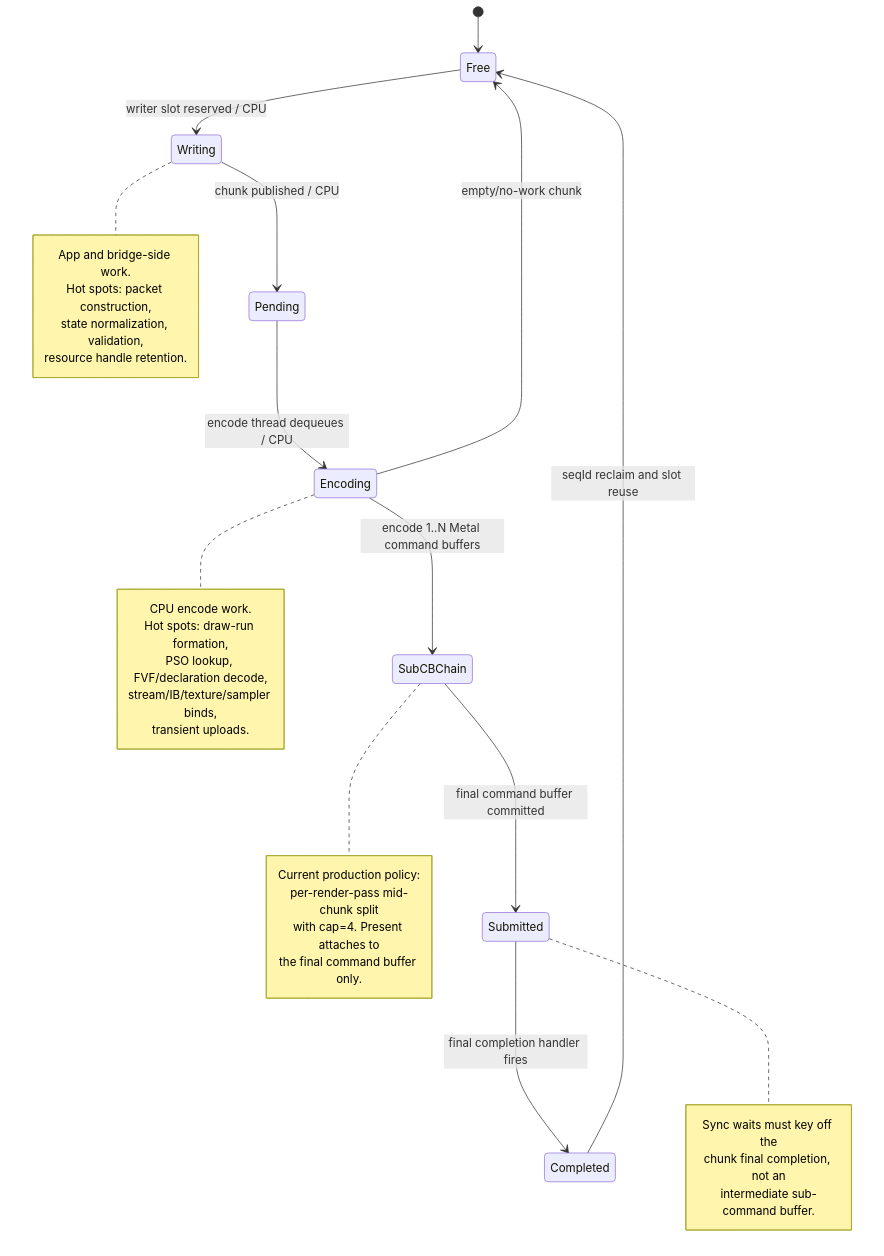
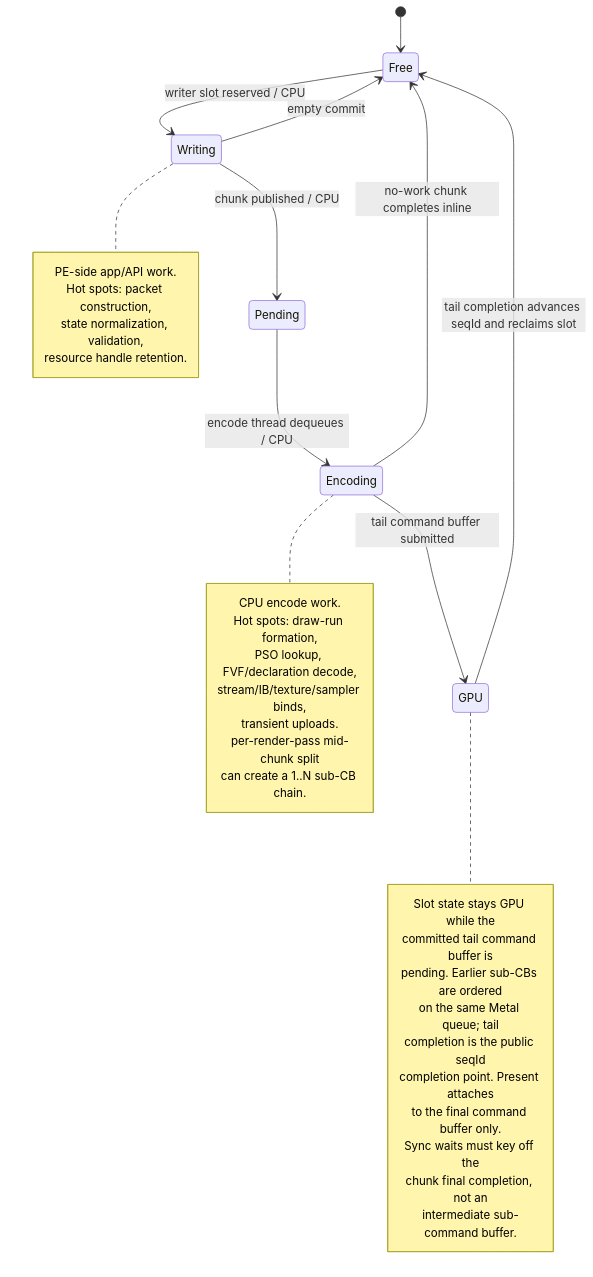
One commit to dfdgsdfg/dxmt9 changed the third of 11 diagrams in docs/perfomance-bottleneck.md. Above: the diagram before and after it, drawn with Mermaid. The commit also changed other lines of this file, not shown here.

Commit message:
docs: align dxmt9 performance model with chunk lifecycle

````diff
--- a/docs/perfomance-bottleneck.md
+++ b/docs/perfomance-bottleneck.md
@@ -127,41 +143,42 @@
 ```mermaid
 stateDiagram-v2
   [*] --> Free
   Free --> Writing: writer slot reserved / CPU
   Writing --> Pending: chunk published / CPU
   Pending --> Encoding: encode thread dequeues / CPU
-  Encoding --> SubCBChain: encode 1..N Metal command buffers
-  SubCBChain --> Submitted: final command buffer committed
-  Submitted --> Completed: final completion handler fires
-  Completed --> Free: seqId reclaim and slot reuse
+  Encoding --> GPU: tail command buffer submitted
+  GPU --> Free: tail completion advances seqId and reclaims slot
 
-  Encoding --> Free: empty/no-work chunk
+  Writing --> Free: empty commit
+  Encoding --> Free: no-work chunk completes inline
 
   note right of Writing
-    App and bridge-side work.
+    PE-side app/API work.
     Hot spots: packet construction,
     state normalization, validation,
     resource handle retention.
   end note
 
   note right of Encoding
     CPU encode work.
     Hot spots: draw-run formation,
     PSO lookup, FVF/declaration decode,
     stream/IB/texture/sampler binds,
     transient uploads.
+    per-render-pass mid-chunk split
+    can create a 1..N sub-CB chain.
   end note
 
-  note right of SubCBChain
-    Current production policy:
-    per-render-pass mid-chunk split
-    with cap=4. Present attaches to
-    the final command buffer only.
-  end note
-
-  note right of Submitted
+  note right of GPU
+    Slot state stays GPU while the
+    committed tail command buffer is
+    pending. Earlier sub-CBs are ordered
+    on the same Metal queue; tail
+    completion is the public seqId
+    completion point. Present attaches
+    to the final command buffer only.
     Sync waits must key off the
     chunk final completion, not an
     intermediate sub-command buffer.
   end note
 ```
````
